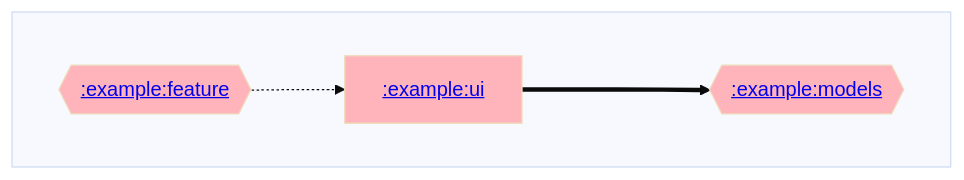
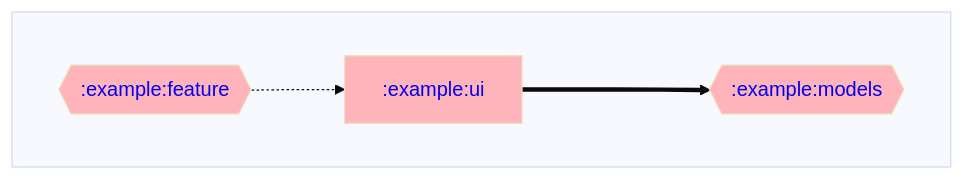
One commit to adityabhaskar/Gradle-dependency-graphs changed the diagram in example/ui/dependencyGraph.md. Above: the diagram before and after it, drawn with Mermaid. The commit also changed 4 other files, not shown here.

Commit message:
Updated dependency graphs

````diff
--- a/example/ui/dependencyGraph.md
+++ b/example/ui/dependencyGraph.md
@@ -1,24 +1,24 @@
 ```mermaid
 %%{ init: { 'theme': 'base' } }%%
 graph LR;
 
 %% Styling for module nodes by type
 classDef rootNode stroke-width:4px;
-classDef mppNode fill:#ffd2b3;
-classDef andNode fill:#baffc9;
-classDef javaNode fill:#ffb3ba;
+classDef mppNode fill:#ffd2b3,color:#333333;
+classDef andNode fill:#baffc9,color:#333333;
+classDef javaNode fill:#ffb3ba,color:#333333;
 
 %% Modules
 subgraph  
   direction LR;
-  :example:feature{{<a href='https://github.com/adityabhaskar/Gradle-dependency-graphs/blob/main/example/feature/dependencyGraph.md' style='color:#333;text-decoration:auto;'>:example:feature</a>}}:::javaNode;
-  :example:models{{<a href='https://github.com/adityabhaskar/Gradle-dependency-graphs/blob/main/example/models/dependencyGraph.md' style='color:#333;text-decoration:auto;'>:example:models</a>}}:::javaNode;
-  :example:ui[<a href='https://github.com/adityabhaskar/Gradle-dependency-graphs/blob/main/example/ui/dependencyGraph.md' style='color:#333;text-decoration:auto;'>:example:ui</a>]:::javaNode;
+  :example:feature{{<a href='https://github.com/adityabhaskar/Gradle-dependency-graphs/blob/main/example/feature/dependencyGraph.md' style='text-decoration:auto'>:example:feature</a>}}:::javaNode;
+  :example:models{{<a href='https://github.com/adityabhaskar/Gradle-dependency-graphs/blob/main/example/models/dependencyGraph.md' style='text-decoration:auto'>:example:models</a>}}:::javaNode;
+  :example:ui[<a href='https://github.com/adityabhaskar/Gradle-dependency-graphs/blob/main/example/ui/dependencyGraph.md' style='text-decoration:auto'>:example:ui</a>]:::javaNode;
 end
 
 %% Dependencies
 :example:ui===>:example:models
 
 %% Dependents
 :example:feature-.->:example:ui
 ```
````
